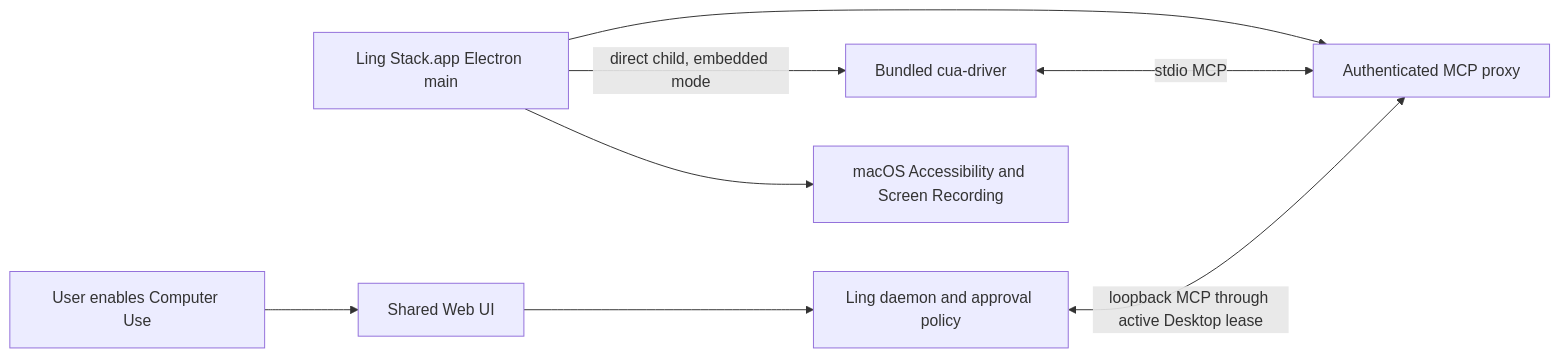
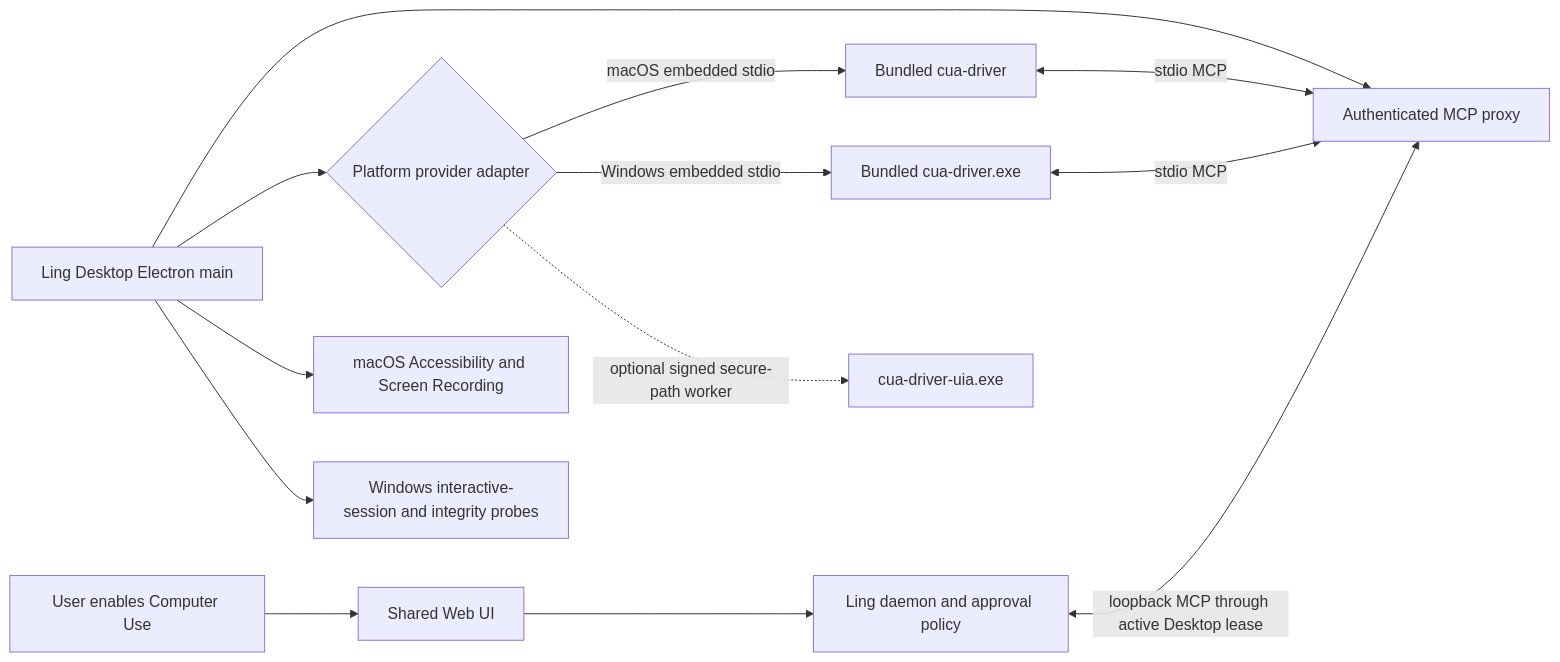
Before and after one commit to ling-stack-org/ling-stack: the diagram in docs/design/cua-driver-bundled-embedded.md, drawn with Mermaid. The commit also changed other lines of this file and 17 other files, not shown here.

Commit message:
docs: design bundled Cua Driver for macOS and Windows

````diff
--- a/docs/design/cua-driver-bundled-embedded.md
+++ b/docs/design/cua-driver-bundled-embedded.md
@@ -83,10 +92,15 @@
 ```mermaid
 flowchart LR
   User[User enables Computer Use] --> Web[Shared Web UI]
   Web --> Daemon[Ling daemon and approval policy]
-  Desktop[Ling Stack.app Electron main] -->|direct child, embedded mode| Driver[Bundled cua-driver]
+  Desktop[Ling Desktop Electron main] --> Adapter{Platform provider adapter}
+  Adapter -->|macOS embedded stdio| Driver[Bundled cua-driver]
+  Adapter -->|Windows embedded stdio| DriverWin[Bundled cua-driver.exe]
+  Adapter -.->|optional signed secure-path worker| UIA[cua-driver-uia.exe]
   Desktop --> Proxy[Authenticated MCP proxy]
   Driver <-->|stdio MCP| Proxy
+  DriverWin <-->|stdio MCP| Proxy
   Daemon <-->|loopback MCP through active Desktop lease| Proxy
   Desktop --> TCC[macOS Accessibility and Screen Recording]
+  Desktop --> Session[Windows interactive-session and integrity probes]
 ```
````
